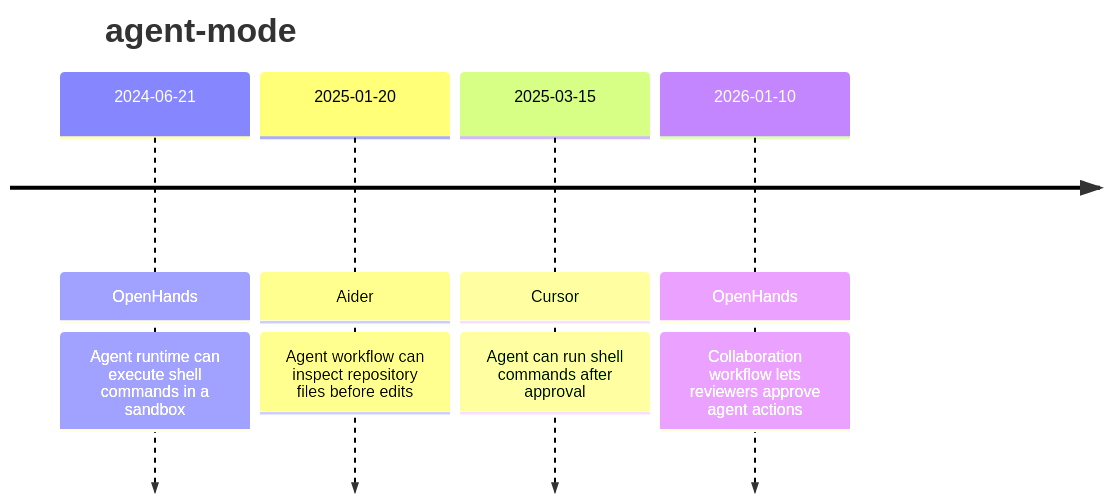
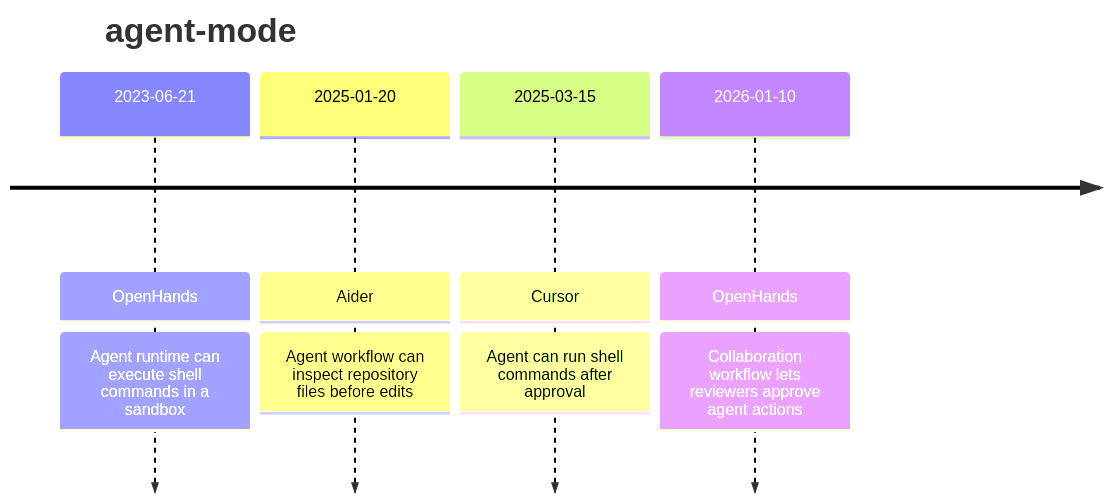
Before and after one commit to Wang-Shuo/chronolog: the diagram in Themes/agent-mode.md, drawn with Mermaid. The commit also changed other lines of this file and 37 other files, not shown here.

````diff
--- a/Themes/agent-mode.md
+++ b/Themes/agent-mode.md
@@ -18,8 +18,8 @@
 ```mermaid
 timeline
     title agent-mode
-    2024-06-21 : OpenHands : Agent runtime can execute shell commands in a sandbox
+    2023-06-21 : OpenHands : Agent runtime can execute shell commands in a sandbox
     2025-01-20 : Aider : Agent workflow can inspect repository files before edits
     2025-03-15 : Cursor : Agent can run shell commands after approval
     2026-01-10 : OpenHands : Collaboration workflow lets reviewers approve agent actions
 ```
````
